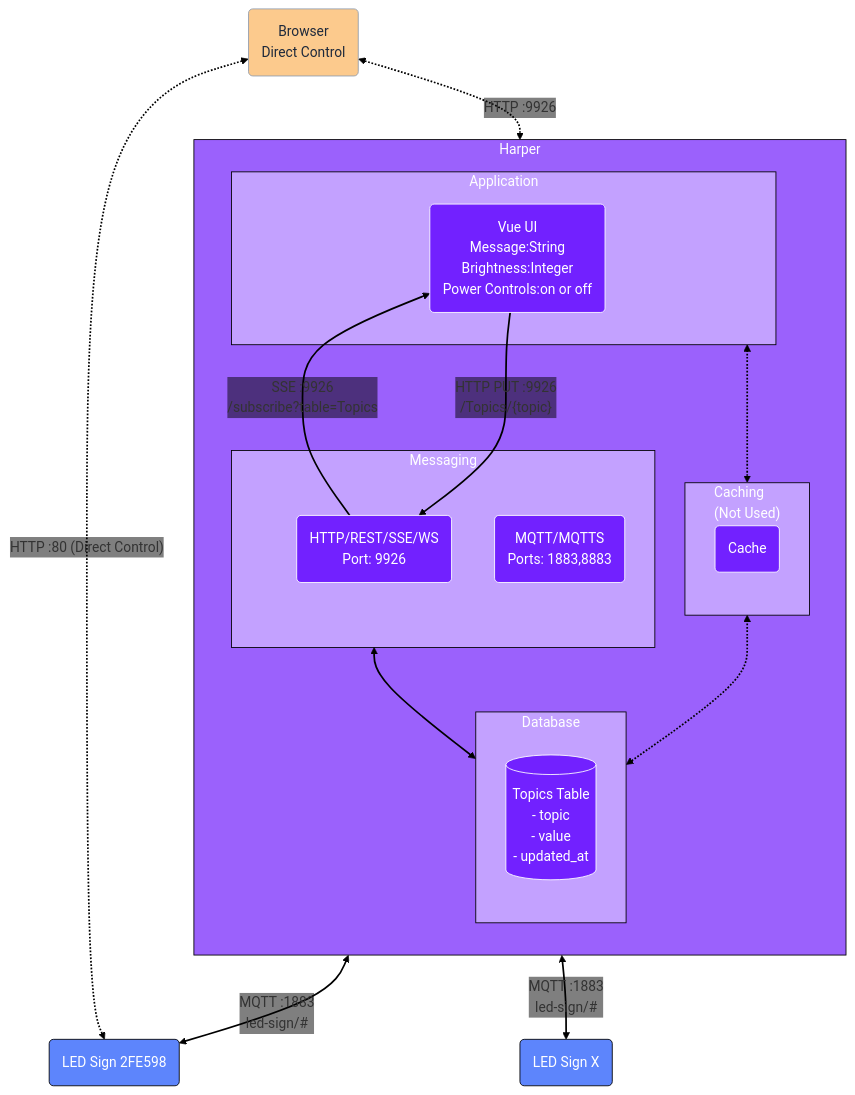
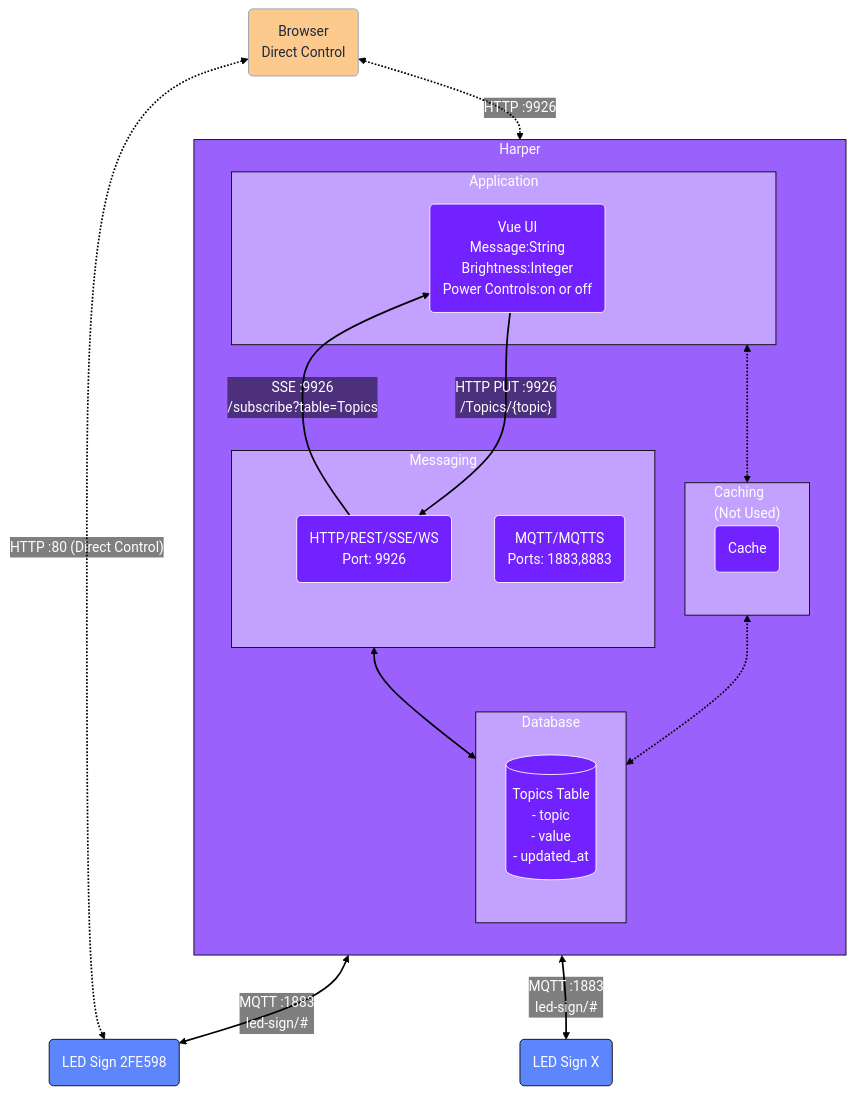
One commit to HarperFast/realtime-pubsub-example changed the diagram in README.md. Above: the diagram before and after it, drawn with Mermaid.

Commit message:
Fix typo in diagram linkStyle and add text color
- Fix 'fille' typo to 'fill'
- Add color:#fff for link text visibility

🤖 Generated with [Claude Code](https://claude.com/claude-code)

````diff
--- a/README.md
+++ b/README.md
@@ -17,68 +17,68 @@
 ```mermaid
 %%{init: {'themeVariables': { 'edgeLabelBackground': 'transparent'}}}%%
 flowchart TB
 
 BROWSER[Browser<br/>Direct Control]
 
 subgraph HARPER["Harper"]
   direction BT
 
   subgraph APPLICATION["Application"]
      UI[Vue UI<br/>Message:String<br/>Brightness:Integer<br/>Power Controls:on or off]
   end
 
   subgraph MESSAGING["Messaging"]
      MQTT["MQTT/MQTTS<br/>Ports: 1883,8883"]
      9926["HTTP/REST/SSE/WS<br/>Port: 9926"]
   end
 
   subgraph CACHING["Caching<br/>(Not Used)"]
      CACHE["Cache"]
   end
 
   subgraph DATABASE["Database"]
      DB[(Topics Table<br/>- topic<br/>- value<br/>- updated_at)]
   end
 
   CACHING  <-.-> | | APPLICATION
   %% DATABASE <--> | | APPLICATION
   DATABASE <--> | | MESSAGING
   DATABASE <-.-> | | CACHING
 end
 
 SIGN1[LED Sign X]
 SIGN2[LED Sign 2FE598]
 
 UI --> |"HTTP PUT :9926<br/>/Topics/{topic}"| 9926
 9926 --> |"SSE :9926<br/>/subscribe?table=Topics"| UI
 
 BROWSER <-.-> |"HTTP :80 (Direct Control)"| SIGN2
 BROWSER <-.-> |"HTTP :9926"|HARPER
 
 HARPER <-->|"MQTT :1883<br/>led-sign/#"| SIGN1
 HARPER <-->|"MQTT :1883<br/>led-sign/#"| SIGN2
 
 UI@{ shape : rounded }
 SIGN1@{ shape : rounded }
 SIGN2@{ shape : rounded }
 9926@{ shape : rounded }
 MQTT@{ shape : rounded }
 BROWSER@{ shape : rounded }
 
-linkStyle default stroke-width:2px,fille:none,stroke:#000
+linkStyle default stroke-width:2px,fill:none,stroke:#000,color:#fff
 CACHE@{ shape: rounded }
 style HARPER fill:#9B61FC,stroke:#000000,color:#ffffff
 style APPLICATION fill:#c3a1ff,stroke:#000000,color:#ffffff
 style CACHING fill:#c3a1ff,stroke:#000000,color:#ffffff
 style MESSAGING fill:#c3a1ff,stroke:#000000,color:#ffffff
 style DATABASE fill:#c3a1ff,stroke:#000000,color:#ffffff
 style DB fill:#48bb78,stroke:#2f855a,color:#fff
 style SIGN1 fill:#5d85fc,stroke:#000000,color:#fff
 style SIGN2 fill:#5d85fc,stroke:#000000,color:#fff
 style BROWSER fill:#fcb45d,stroke:#64748b,color:#1e293b,opacity:0.7
 style UI fill:#7221ff,stroke:#fff,color:#fff
 style CACHE fill:#7221ff,stroke:#fff,color:#fff
 style DB fill:#7221ff,stroke:#fff,color:#fff
 style 9926 fill:#7221ff,stroke:#fff,color:#fff
 style MQTT fill:#7221ff,stroke:#fff,color:#fff
 ```
````
